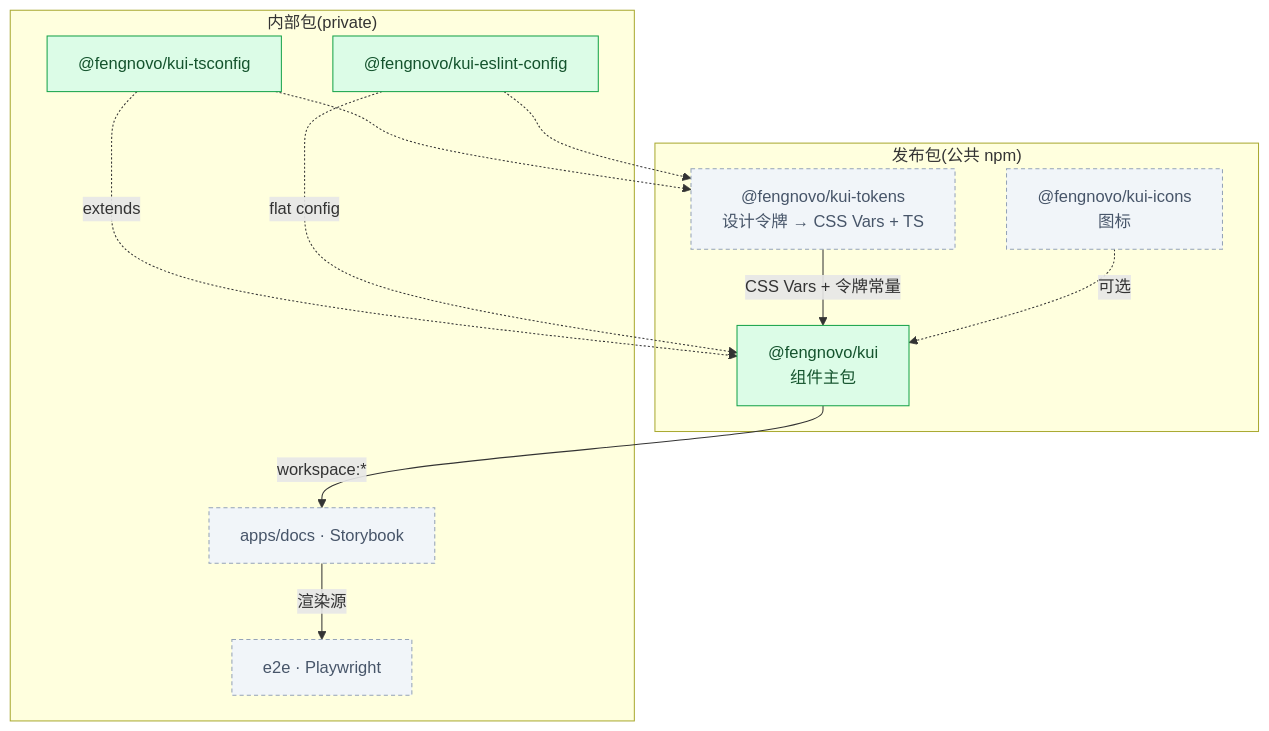
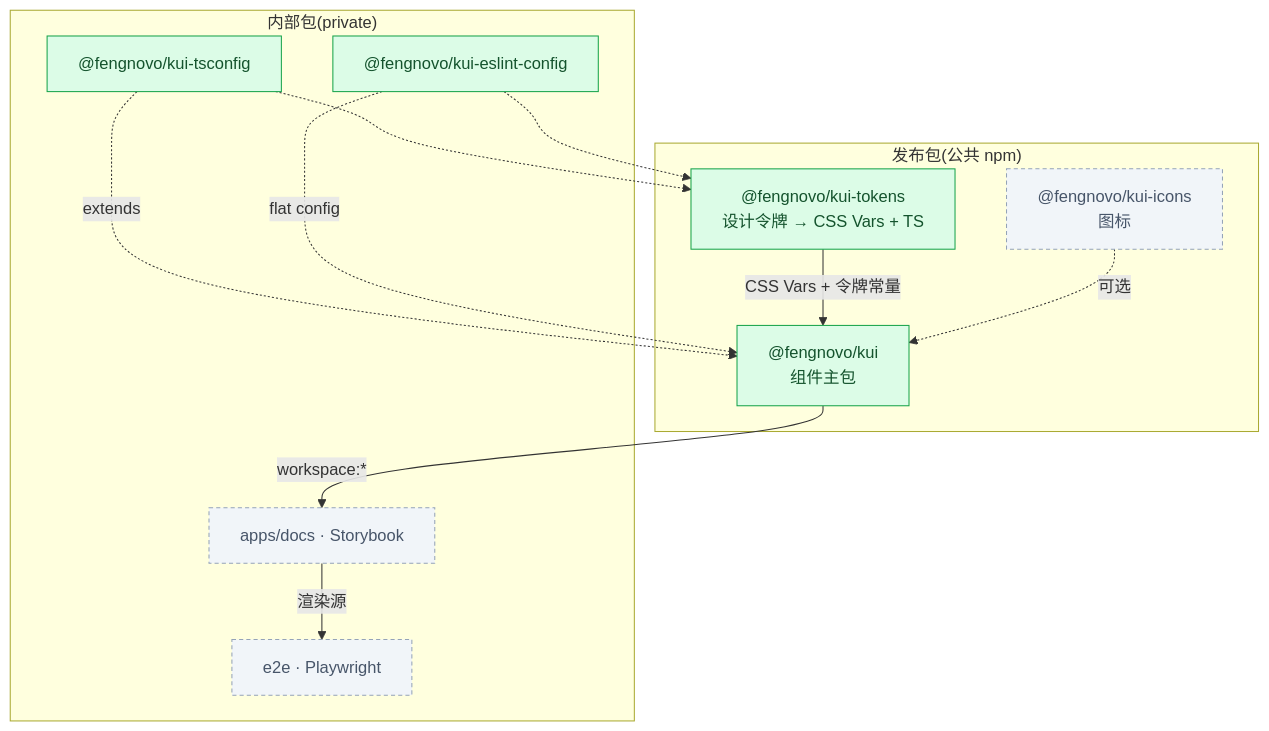
Before and after one commit to fengnovo/kui: the first of 5 diagrams in README.md, drawn with Mermaid. The commit also changed other lines of this file and 9 other files, not shown here.

````diff
--- a/README.md
+++ b/README.md
@@ -33,30 +33,30 @@
 ```mermaid
 graph TD
     subgraph publish["发布包(公共 npm)"]
         tokens["@fengnovo/kui-tokens<br/>设计令牌 → CSS Vars + TS"]
         kui["@fengnovo/kui<br/>组件主包"]
         icons["@fengnovo/kui-icons<br/>图标"]
     end
 
     subgraph internal["内部包(private)"]
         tsconfig["@fengnovo/kui-tsconfig"]
         eslintcfg["@fengnovo/kui-eslint-config"]
         docs["apps/docs · Storybook"]
         e2e["e2e · Playwright"]
     end
 
     tokens -->|"CSS Vars + 令牌常量"| kui
     icons -.->|"可选"| kui
     kui -->|"workspace:*"| docs
     docs -->|"渲染源"| e2e
 
     tsconfig -.->|"extends"| kui
     tsconfig -.-> tokens
     eslintcfg -.->|"flat config"| kui
     eslintcfg -.-> tokens
 
     classDef done fill:#dcfce7,stroke:#16a34a,color:#14532d;
     classDef planned fill:#f1f5f9,stroke:#94a3b8,color:#475569,stroke-dasharray:4 3;
-    class kui,tsconfig,eslintcfg done;
-    class tokens,icons,docs,e2e planned;
+    class kui,tokens,tsconfig,eslintcfg done;
+    class icons,docs,e2e planned;
 ```
````
